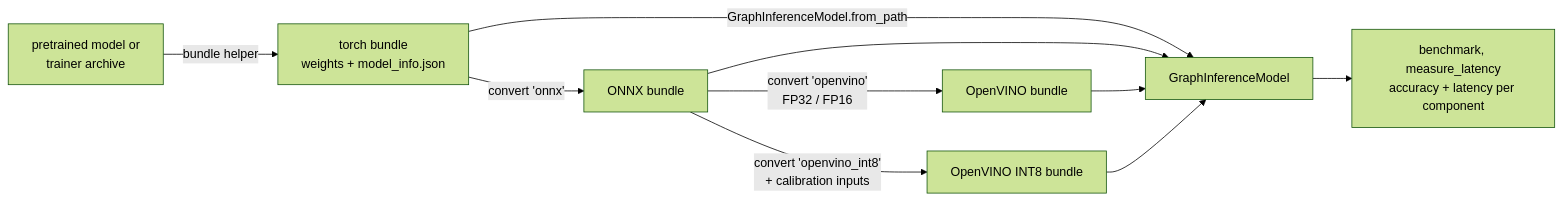
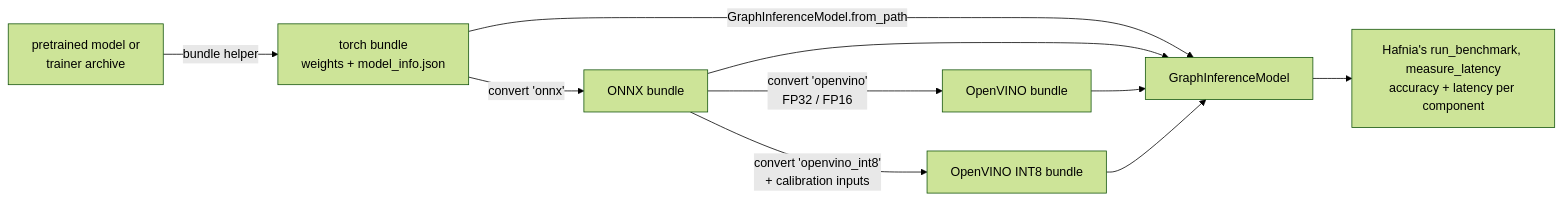
Before and after one commit to milestone-hafnia/hafnia-inference-model: the diagram in docs/design.md, drawn with Mermaid (forest theme). The commit also changed other lines of this file and 12 other files, not shown here.

First line of the commit message:
Benchmark accuracy with Hafnia's run_benchmark and ClassMapper recipes

````diff
--- a/docs/design.md
+++ b/docs/design.md
@@ -550,12 +552,12 @@
 ```mermaid
 flowchart LR
     A[pretrained model or<br/>trainer archive] -->|bundle helper| T[torch bundle<br/>weights + model_info.json]
     T -->|convert 'onnx'| B[ONNX bundle]
     B -->|convert 'openvino'<br/>FP32 / FP16| D[OpenVINO bundle]
     B -->|convert 'openvino_int8'<br/>+ calibration inputs| Q[OpenVINO INT8 bundle]
     T -->|GraphInferenceModel.from_path| M[GraphInferenceModel]
     B --> M
     D --> M
     Q --> M
-    M --> F[benchmark, measure_latency<br/>accuracy + latency per component]
+    M --> F[Hafnia's run_benchmark, measure_latency<br/>accuracy + latency per component]
 ```
````
